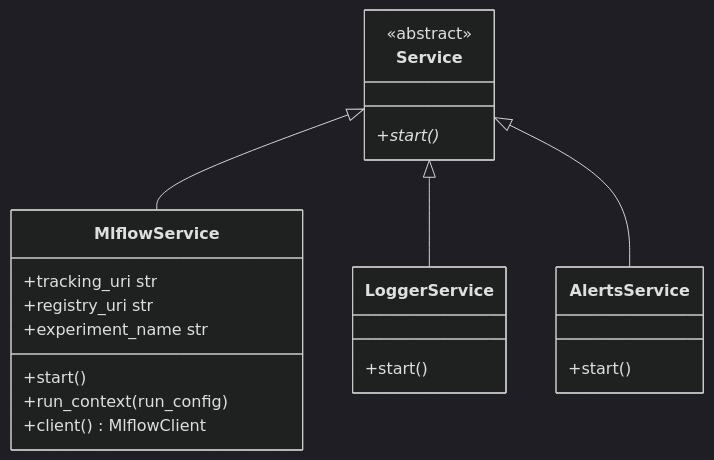
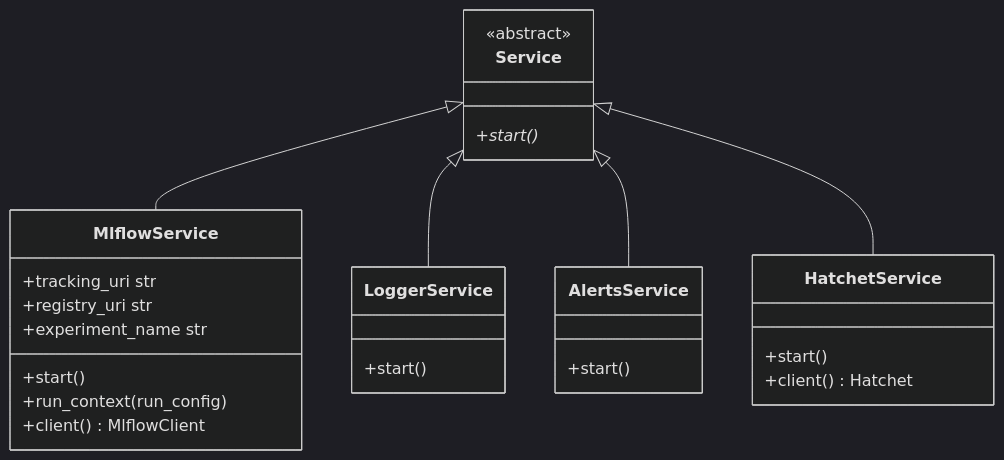
Before and after one commit to lgcorzo/rust_CACD_autonomous_factory: the first of 2 diagrams in wiki/SRS_Infrastructure.md, drawn with Mermaid (dark theme). The commit also changed other lines of this file and 3 other files, not shown here.

````diff
--- a/wiki/SRS_Infrastructure.md
+++ b/wiki/SRS_Infrastructure.md
@@ -63,24 +64,29 @@
 ```mermaid
 classDiagram
     class Service {
         <<abstract>>
         +start()*
     }
     class MlflowService {
         +tracking_uri str
         +registry_uri str
         +experiment_name str
         +start()
         +run_context(run_config)
         +client() MlflowClient
     }
     class LoggerService {
         +start()
     }
     class AlertsService {
         +start()
     }
+    class HatchetService {
+        +start()
+        +client() Hatchet
+    }
     Service <|-- MlflowService
     Service <|-- LoggerService
     Service <|-- AlertsService
+    Service <|-- HatchetService
 ```
````
